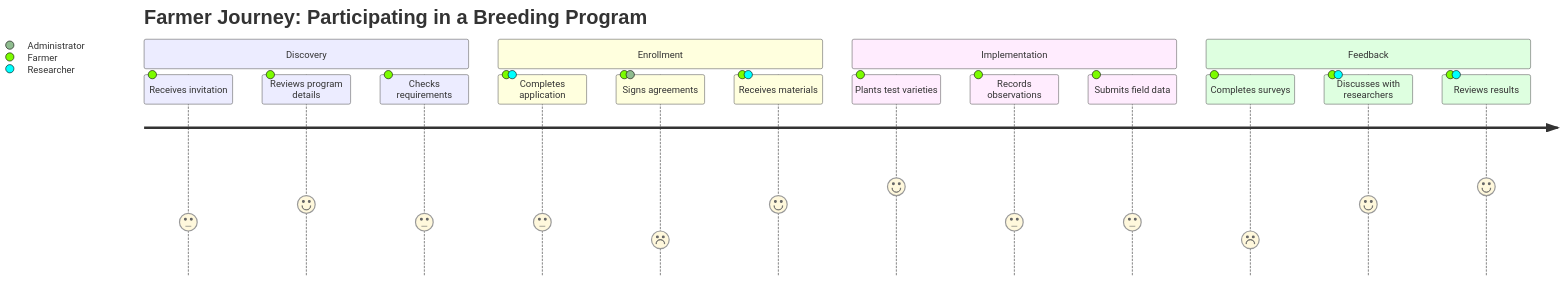
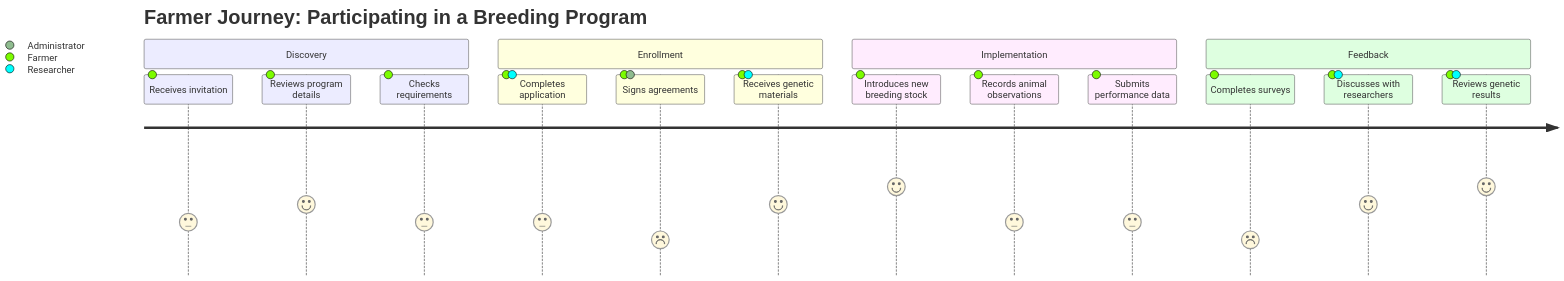
One commit to naratech-eng/researcher-platform changed the third of 5 diagrams in docs/prd/user-personas.md. Above: the diagram before and after it, drawn with Mermaid. The commit also changed other lines of this file and 19 other files, not shown here.

````diff
--- a/docs/prd/user-personas.md
+++ b/docs/prd/user-personas.md
@@ -301,20 +65,20 @@
 ```mermaid
 journey
     title Farmer Journey: Participating in a Breeding Program
     section Discovery
       Receives invitation: 3: Farmer
       Reviews program details: 4: Farmer
       Checks requirements: 3: Farmer
     section Enrollment
       Completes application: 3: Farmer, Researcher
       Signs agreements: 2: Farmer, Administrator
-      Receives materials: 4: Farmer, Researcher
+      Receives genetic materials: 4: Farmer, Researcher
     section Implementation
-      Plants test varieties: 5: Farmer
-      Records observations: 3: Farmer
-      Submits field data: 3: Farmer
+      Introduces new breeding stock: 5: Farmer
+      Records animal observations: 3: Farmer
+      Submits performance data: 3: Farmer
     section Feedback
       Completes surveys: 2: Farmer
       Discusses with researchers: 4: Farmer, Researcher
-      Reviews results: 5: Farmer, Researcher
+      Reviews genetic results: 5: Farmer, Researcher
 ```
````
